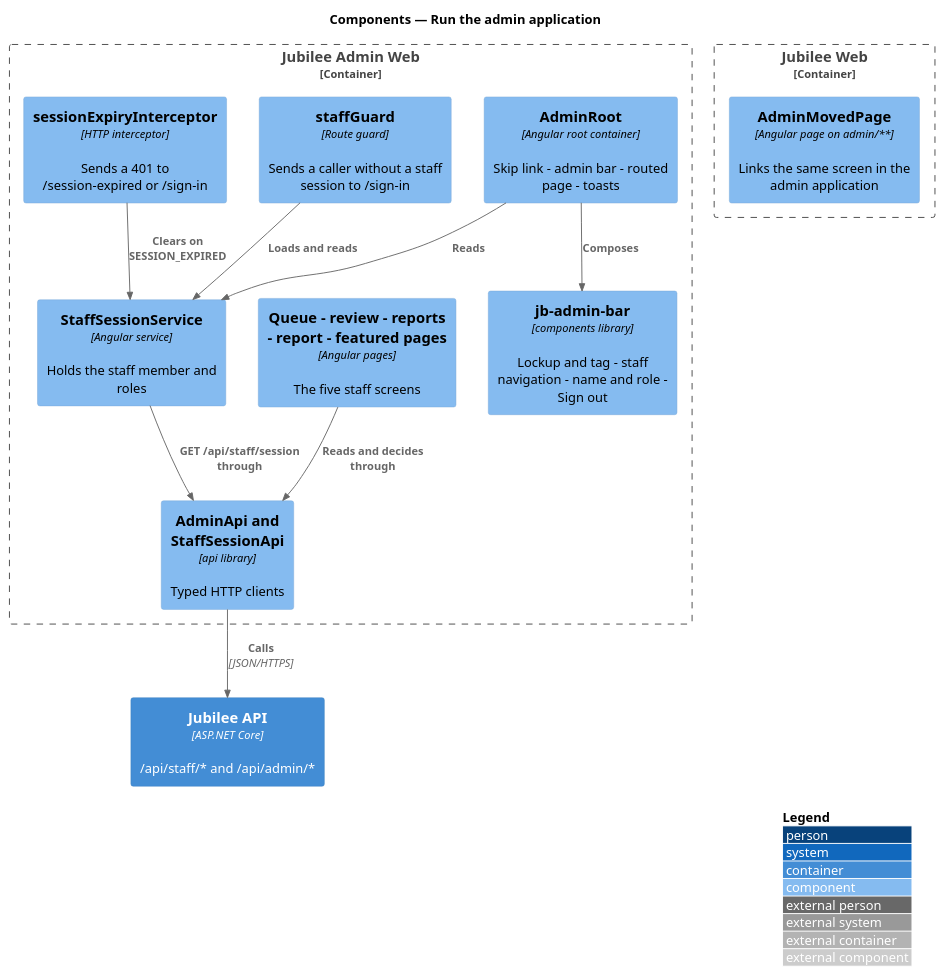
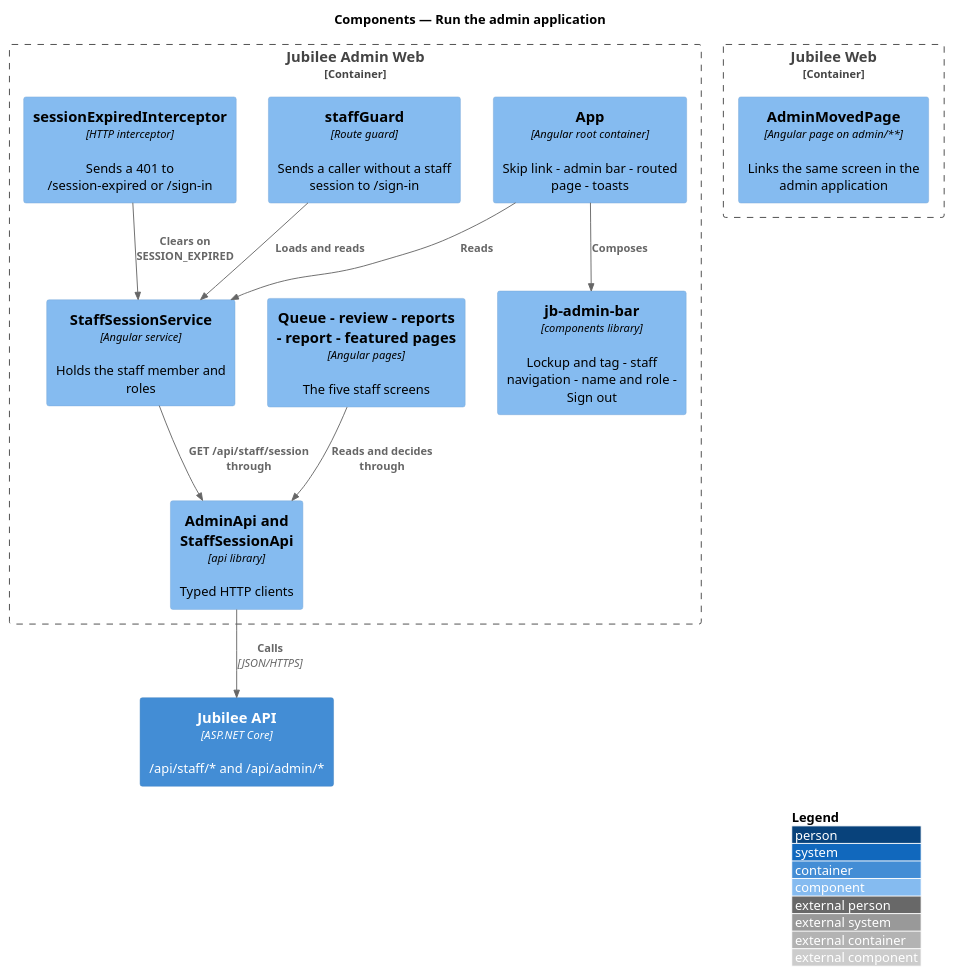
One commit to QuinntyneBrown/jubilee changed the diagram in docs/detailed-designs/admin/run-admin-application/diagrams/c4-component.puml. Above: the diagram before and after it, drawn with PlantUML. The commit also changed 111 other files, not shown here.

First line of the commit message:
The admin application and the app after the move (L2-188, L2-189, L2-190, L2-192 AC6, L2-194)

```diff
--- a/docs/detailed-designs/admin/run-admin-application/diagrams/c4-component.puml
+++ b/docs/detailed-designs/admin/run-admin-application/diagrams/c4-component.puml
@@ -1,26 +1,26 @@
 @startuml
 !include <C4/C4_Component>
 LAYOUT_WITH_LEGEND()
 title Components — Run the admin application
 
 Container_Boundary(admin, "Jubilee Admin Web") {
-  Component(root, "AdminRoot", "Angular root container", "Skip link - admin bar - routed page - toasts")
+  Component(root, "App", "Angular root container", "Skip link - admin bar - routed page - toasts")
   Component(bar, "jb-admin-bar", "components library", "Lockup and tag - staff navigation - name and role - Sign out")
   Component(guard, "staffGuard", "Route guard", "Sends a caller without a staff session to /sign-in")
   Component(session, "StaffSessionService", "Angular service", "Holds the staff member and roles")
   Component(pages, "Queue - review - reports - report - featured pages", "Angular pages", "The five staff screens")
   Component(adminapi, "AdminApi and StaffSessionApi", "api library", "Typed HTTP clients")
-  Component(expiry, "sessionExpiryInterceptor", "HTTP interceptor", "Sends a 401 to /session-expired or /sign-in")
+  Component(expiry, "sessionExpiredInterceptor", "HTTP interceptor", "Sends a 401 to /session-expired or /sign-in")
 }
 Container_Boundary(web, "Jubilee Web") {
   Component(moved, "AdminMovedPage", "Angular page on admin/**", "Links the same screen in the admin application")
 }
 Container(api, "Jubilee API", "ASP.NET Core", "/api/staff/* and /api/admin/*")
 Rel(root, bar, "Composes")
 Rel(root, session, "Reads")
 Rel(guard, session, "Loads and reads")
 Rel(pages, adminapi, "Reads and decides through")
 Rel(session, adminapi, "GET /api/staff/session through")
 Rel(adminapi, api, "Calls", "JSON/HTTPS")
 Rel(expiry, session, "Clears on SESSION_EXPIRED")
 @enduml
```
